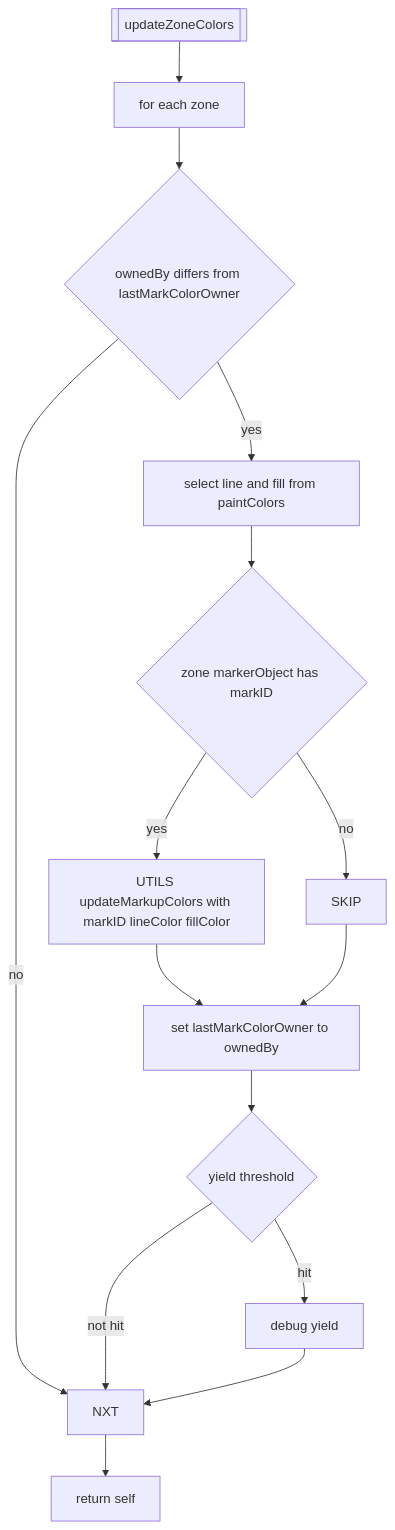
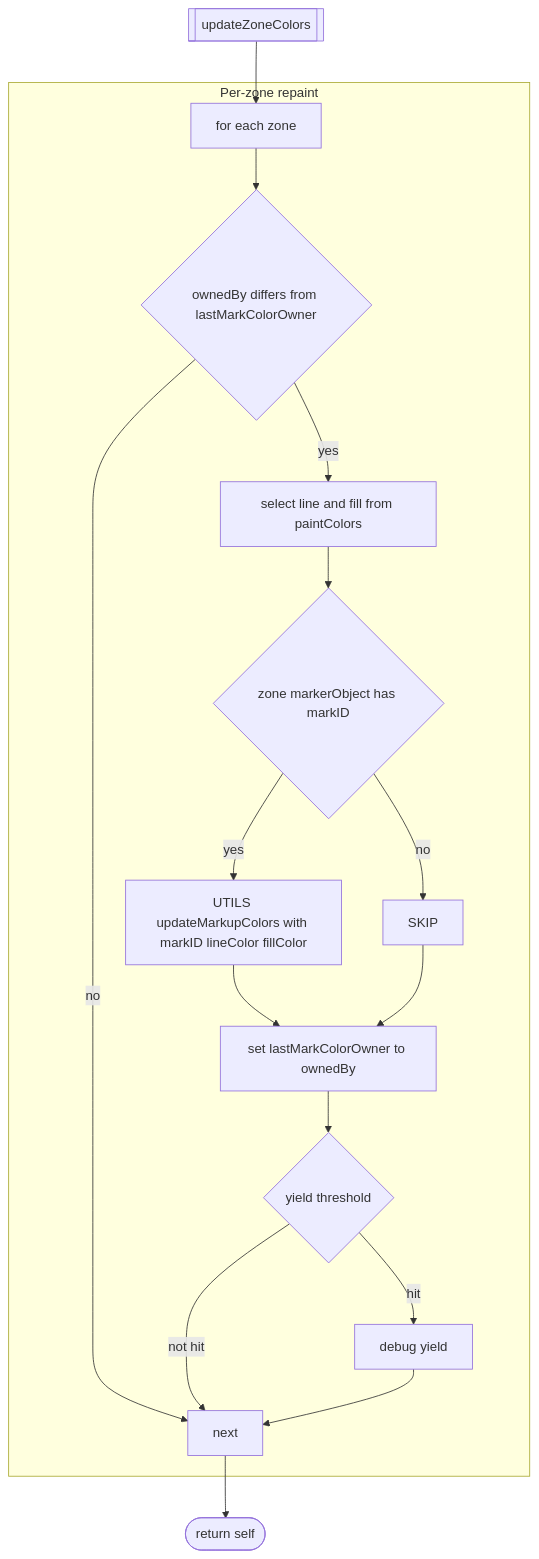
Before and after one commit to Gh0st352/AETHR: the third of 7 diagrams in docs/world/ownership.md, drawn with Mermaid. The commit also changed other lines of this file and 7 other files, not shown here.

First line of the commit message:
docs(world, mermaid): normalize headings and standardize Mermaid diagrams

````diff
--- a/docs/world/ownership.md
+++ b/docs/world/ownership.md
@@ -66,17 +80,24 @@
 ```mermaid
+%% shared theme: docs/_mermaid/theme.json %%
 flowchart TD
   UZC[[updateZoneColors]] --> ZL[for each zone]
-  ZL --> COMP{ownedBy differs from lastMarkColorOwner}
-  COMP -->|no| NXT
-  COMP -->|yes| CLR[select line and fill from paintColors]
-  CLR --> MRK{zone markerObject has markID}
-  MRK -->|yes| CALL[UTILS updateMarkupColors with markID lineColor fillColor]
-  MRK -->|no| SKIP
-  CALL --> SAVE[set lastMarkColorOwner to ownedBy]
-  SKIP --> SAVE
-  SAVE --> YLD{yield threshold}
-  YLD -->|hit| CY[debug yield]
-  YLD -->|not hit| NXT
-  CY --> NXT
-  NXT --> DONE[return self]
+  subgraph "Per-zone repaint"
+    ZL --> COMP{ownedBy differs from lastMarkColorOwner}
+    COMP -- "no" --> NXT[next]
+    COMP -- "yes" --> CLR[select line and fill from paintColors]
+    CLR --> MRK{zone markerObject has markID}
+    MRK -- "yes" --> CALL[UTILS updateMarkupColors with markID lineColor fillColor]
+    MRK -- "no" --> SKIP
+    CALL --> SAVE[set lastMarkColorOwner to ownedBy]
+    SKIP --> SAVE
+    SAVE --> YLD{yield threshold}
+    YLD -- "hit" --> CY[debug yield]
+    YLD -- "not hit" --> NXT
+    CY --> NXT
+  end
+  NXT --> DONE([return self])
+
+  class COMP,MRK,YLD class_decision;
+  class DONE class_result;
+  class UZC,ZL,CLR,CALL,SKIP,SAVE,NXT,CY class_step;
 ```
````
